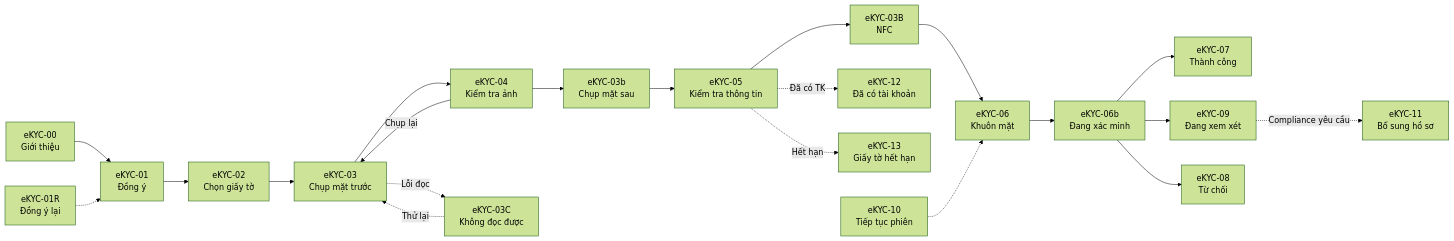
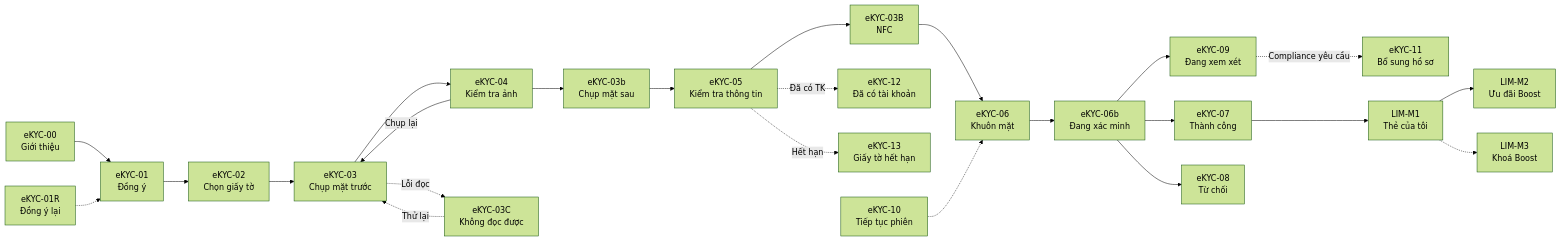
The fifth of 7 diagrams in docs/05-architecture/A01-solution-overview.md (handao2303/aegis-ekyc-ui), drawn with Mermaid (forest theme) before and after one commit. The commit also changed other lines of this file and 5 other files, not shown here.

````diff
--- a/docs/05-architecture/A01-solution-overview.md
+++ b/docs/05-architecture/A01-solution-overview.md
@@ -132,24 +138,27 @@
 ```mermaid
 flowchart LR
     I["eKYC-00<br/>Giới thiệu"] --> C["eKYC-01<br/>Đồng ý"]
     C --> DT["eKYC-02<br/>Chọn giấy tờ"]
     DT --> CF["eKYC-03<br/>Chụp mặt trước"]
     CF --> RF["eKYC-04<br/>Kiểm tra ảnh"]
     RF -- "Chụp lại" --> CF
     RF --> CB["eKYC-03b<br/>Chụp mặt sau"]
     CB --> OR["eKYC-05<br/>Kiểm tra thông tin"]
     OR --> N["eKYC-03B<br/>NFC"]
     N --> L["eKYC-06<br/>Khuôn mặt"]
     L --> V["eKYC-06b<br/>Đang xác minh"]
     V --> AP["eKYC-07<br/>Thành công"]
     V --> RE["eKYC-09<br/>Đang xem xét"]
     V --> RJ["eKYC-08<br/>Từ chối"]
 
     CF -. "Lỗi đọc" .-> UR["eKYC-03C<br/>Không đọc được"]
     UR -. "Thử lại" .-> CF
     OR -. "Đã có TK" .-> DU["eKYC-12<br/>Đã có tài khoản"]
     OR -. "Hết hạn" .-> EX["eKYC-13<br/>Giấy tờ hết hạn"]
     RE -. "Compliance yêu cầu" .-> RQ["eKYC-11<br/>Bổ sung hồ sơ"]
     RS["eKYC-10<br/>Tiếp tục phiên"] -.-> L
     RC["eKYC-01R<br/>Đồng ý lại"] -.-> C
+    AP --> M1["LIM-M1<br/>Thẻ của tôi"]
+    M1 --> M2["LIM-M2<br/>Ưu đãi Boost"]
+    M1 -.-> M3["LIM-M3<br/>Khoá Boost"]
 ```
````
